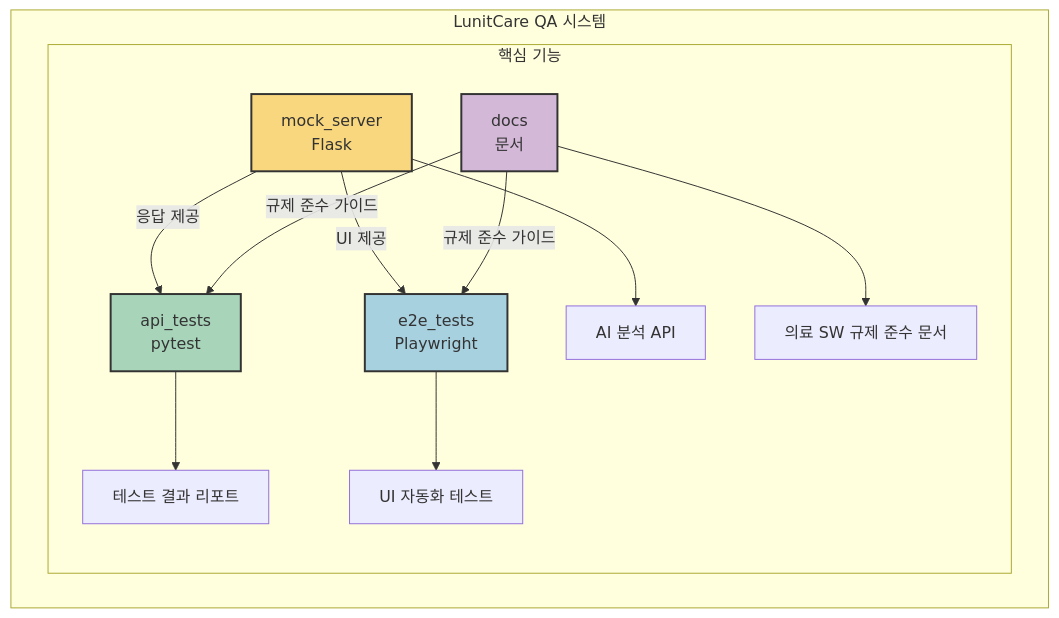
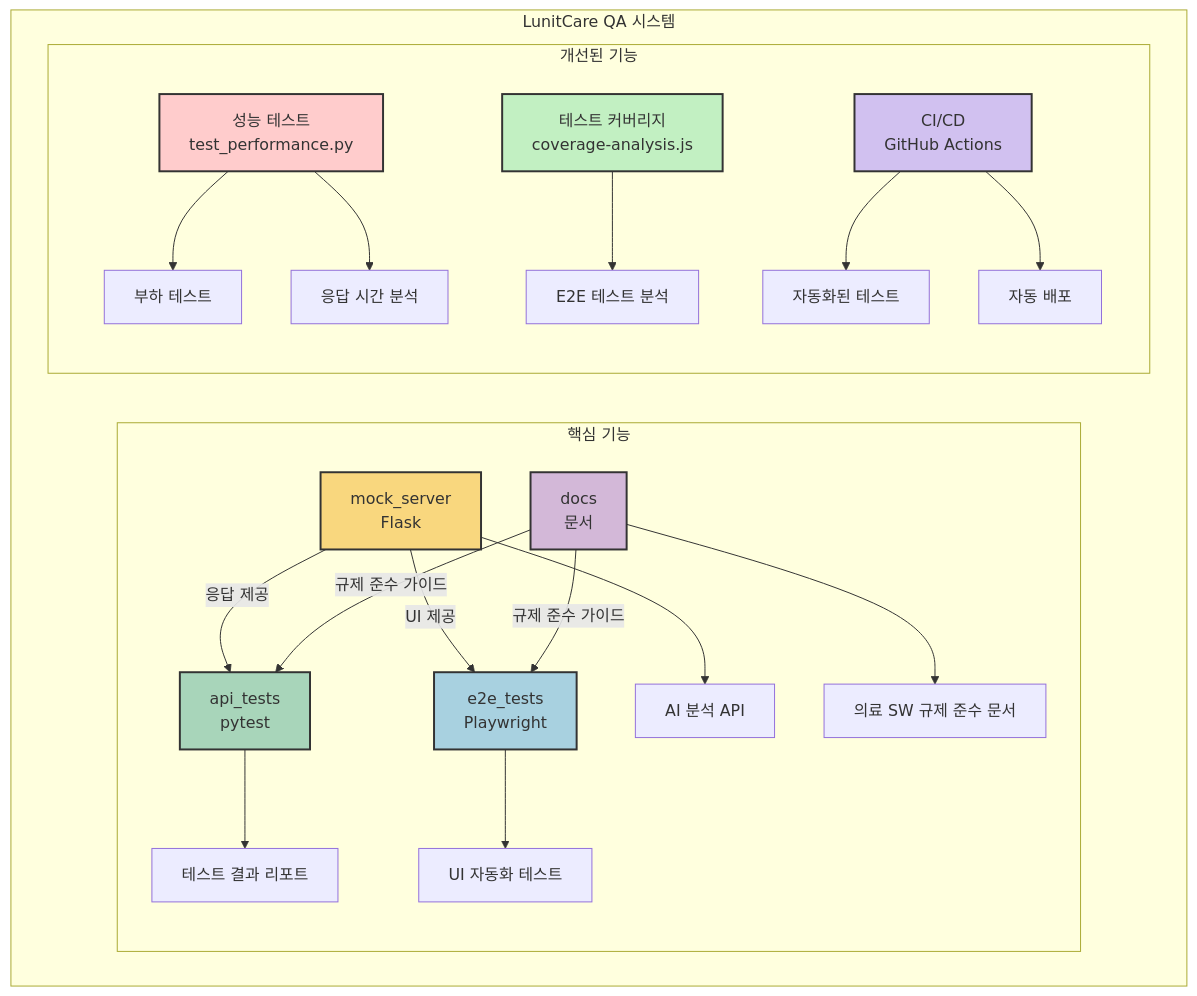
The first of 2 diagrams in README.md (MaduJoe/AIHealthCare-QA), drawn with Mermaid before and after one commit. The commit also changed other lines of this file and 28 other files, not shown here.

````diff
--- a/README.md
+++ b/README.md
@@ -8,21 +8,32 @@
 ```mermaid
 graph TD
     subgraph "LunitCare QA 시스템"
         A[mock_server<br>Flask] --> |응답 제공| B[api_tests<br>pytest]
         A --> |UI 제공| C[e2e_tests<br>Playwright]
         D[docs<br>문서] --> |규제 준수 가이드| B
         D --> |규제 준수 가이드| C
         
         subgraph "핵심 기능"
             A --> A1[AI 분석 API]
             B --> B1[테스트 결과 리포트]
             C --> C1[UI 자동화 테스트]
             D --> D1[의료 SW 규제 준수 문서]
         end
+        
+        subgraph "개선된 기능"
+            P[성능 테스트<br>test_performance.py] --> P1[부하 테스트]
+            P --> P2[응답 시간 분석]
+            K[테스트 커버리지<br>coverage-analysis.js] --> K1[E2E 테스트 분석]
+            CI[CI/CD<br>GitHub Actions] --> CI1[자동화된 테스트]
+            CI --> CI2[자동 배포]
+        end
     end
     
     style A fill:#f9d77e,stroke:#333,stroke-width:2px
     style B fill:#a8d5ba,stroke:#333,stroke-width:2px
     style C fill:#a8d1e0,stroke:#333,stroke-width:2px
     style D fill:#d3b8d8,stroke:#333,stroke-width:2px
+    style P fill:#ffcccc,stroke:#333,stroke-width:2px
+    style K fill:#c2f0c2,stroke:#333,stroke-width:2px
+    style CI fill:#d1c1f0,stroke:#333,stroke-width:2px
 ```
````
